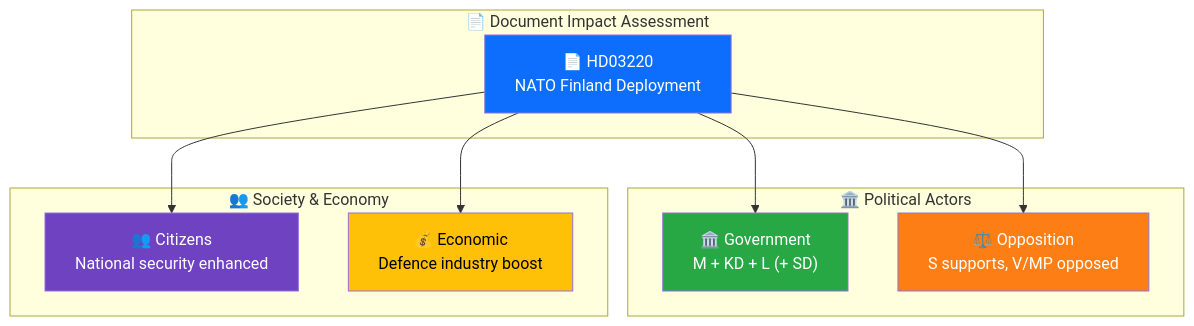
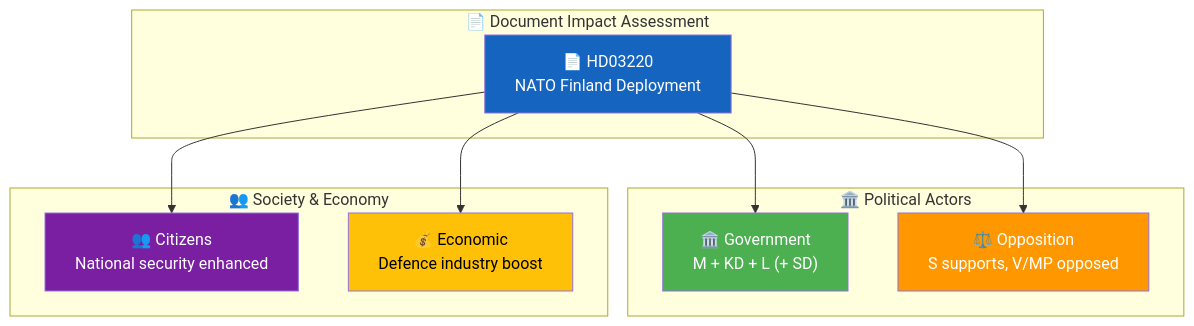
One commit to Hack23/riksdagsmonitor changed the fifth of 5 diagrams in analysis/daily/2026-04-09/realtime-1436/documents/hd03220-analysis.md. Above: the diagram before and after it, drawn with Mermaid. The commit also changed other lines of this file and 785 other files, not shown here.

First line of the commit message:
Normalize mermaid colors across 786 analysis artifacts to ISMS Style Guide palette

````diff
--- a/analysis/daily/2026-04-09/realtime-1436/documents/hd03220-analysis.md
+++ b/analysis/daily/2026-04-09/realtime-1436/documents/hd03220-analysis.md
@@ -168,27 +168,27 @@
 ```mermaid
 graph TD
     subgraph "📄 Document Impact Assessment"
         DOC["📄 HD03220<br/>NATO Finland Deployment"]
     end
 
     subgraph "🏛️ Political Actors"
         GOV["🏛️ Government<br/>M + KD + L (+ SD)"]
         OPP["⚖️ Opposition<br/>S supports, V/MP opposed"]
     end
 
     subgraph "👥 Society & Economy"
         CIT["👥 Citizens<br/>National security enhanced"]
         ECO["💰 Economic<br/>Defence industry boost"]
     end
 
     DOC --> GOV
     DOC --> OPP
     DOC --> CIT
     DOC --> ECO
 
-    style DOC fill:#0d6efd,color:#fff
-    style GOV fill:#28a745,color:#fff
-    style OPP fill:#fd7e14,color:#fff
-    style CIT fill:#6f42c1,color:#fff
-    style ECO fill:#ffc107,color:#000
+    style DOC fill:#1565C0,color:#FFFFFF
+    style GOV fill:#4CAF50,color:#FFFFFF
+    style OPP fill:#FF9800,color:#FFFFFF
+    style CIT fill:#7B1FA2,color:#FFFFFF
+    style ECO fill:#FFC107,color:#000000
 ```
````
